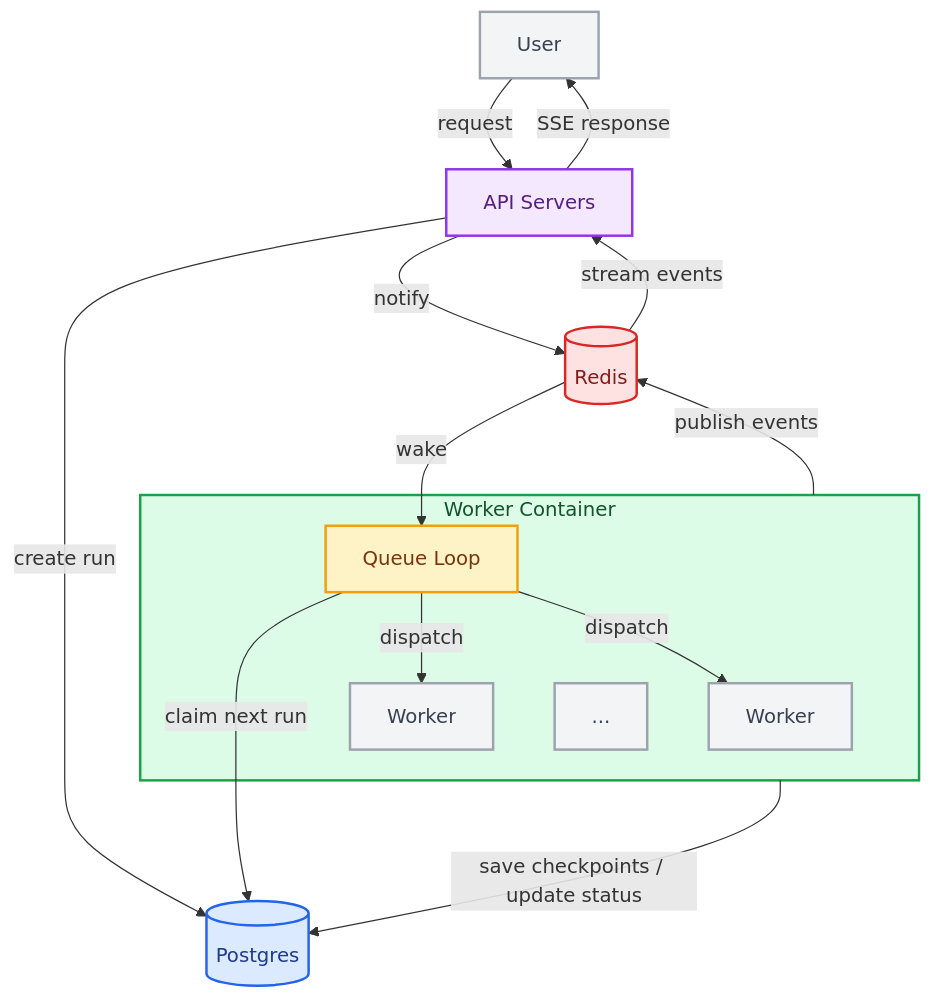
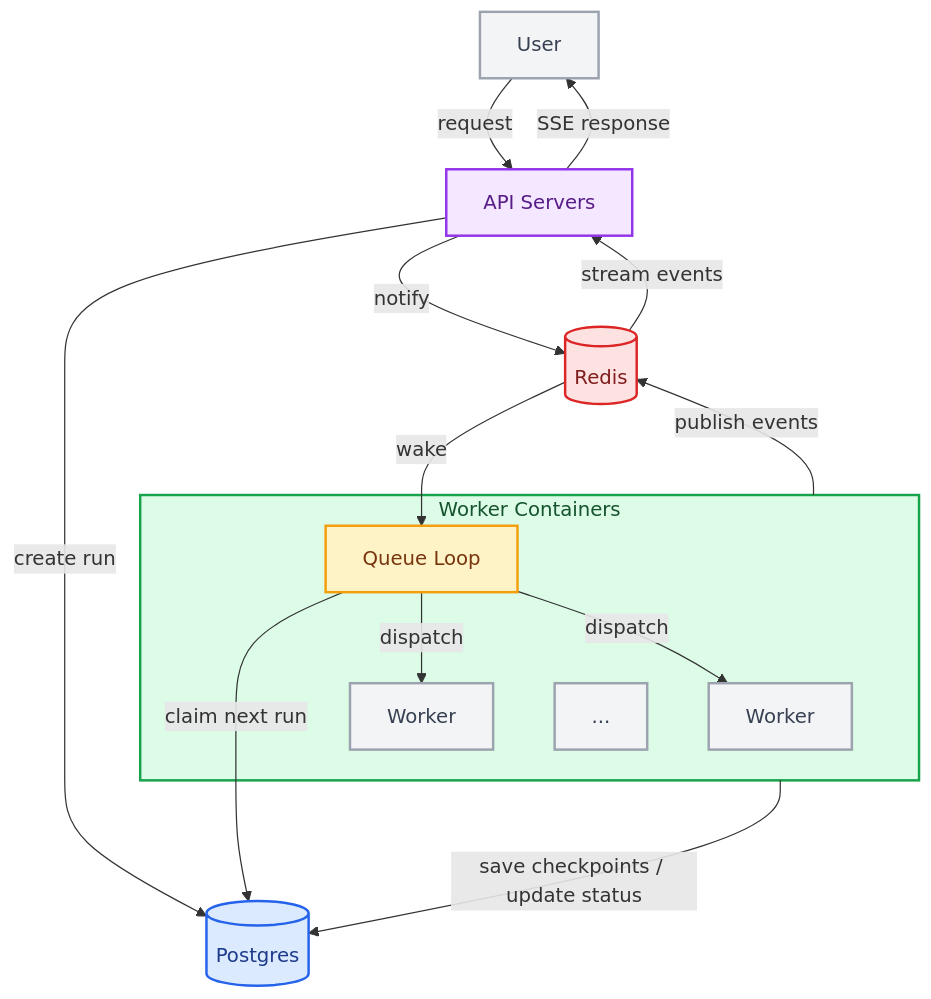
One commit to ruiyuwg/anytext changed the diagram in registry/docs/langchain/agent-server.md. Above: the diagram before and after it, drawn with Mermaid. The commit also changed other lines of this file and 37118 other files, not shown here.

````diff
--- a/registry/docs/langchain/agent-server.md
+++ b/registry/docs/langchain/agent-server.md
@@ -69,41 +82,41 @@
 ```mermaid theme={"theme":{"light":"catppuccin-latte","dark":"catppuccin-mocha"}}
 flowchart TB
     User["User"]
 
     API["API Servers"]
 
-    subgraph WorkerContainer["Worker Container"]
+    subgraph WorkerContainer["Worker Containers"]
         QueueLoop["Queue Loop"]
         W1["Worker"]
         W2["Worker"]
         Wn["..."]
         QueueLoop -->|dispatch| W1
         QueueLoop -->|dispatch| W2
     end
 
     DB[(Postgres)]
     Redis[(Redis)]
 
     User -->|request| API
     API -->|create run| DB
     API -->|notify| Redis
 
     Redis -->|wake| QueueLoop
     QueueLoop -->|claim next run| DB
 
     WorkerContainer -->|save checkpoints / update status| DB
     WorkerContainer -->|publish events| Redis
 
     Redis -->|stream events| API
     API -->|SSE response| User
 
     style User fill:#F3F4F6,stroke:#9CA3AF,stroke-width:2px,color:#374151
     style API fill:#F3E8FF,stroke:#9333EA,stroke-width:2px,color:#581C87
     style DB fill:#DBEAFE,stroke:#2563EB,stroke-width:2px,color:#1E3A8A
     style Redis fill:#FEE2E2,stroke:#DC2626,stroke-width:2px,color:#7F1D1D
     style WorkerContainer fill:#DCFCE7,stroke:#16A34A,stroke-width:2px,color:#14532D
     style QueueLoop fill:#FEF3C7,stroke:#F59E0B,stroke-width:2px,color:#78350F
     style W1 fill:#F3F4F6,stroke:#9CA3AF,stroke-width:2px,color:#374151
     style W2 fill:#F3F4F6,stroke:#9CA3AF,stroke-width:2px,color:#374151
     style Wn fill:#F3F4F6,stroke:#9CA3AF,stroke-width:2px,color:#374151
 ```
````
